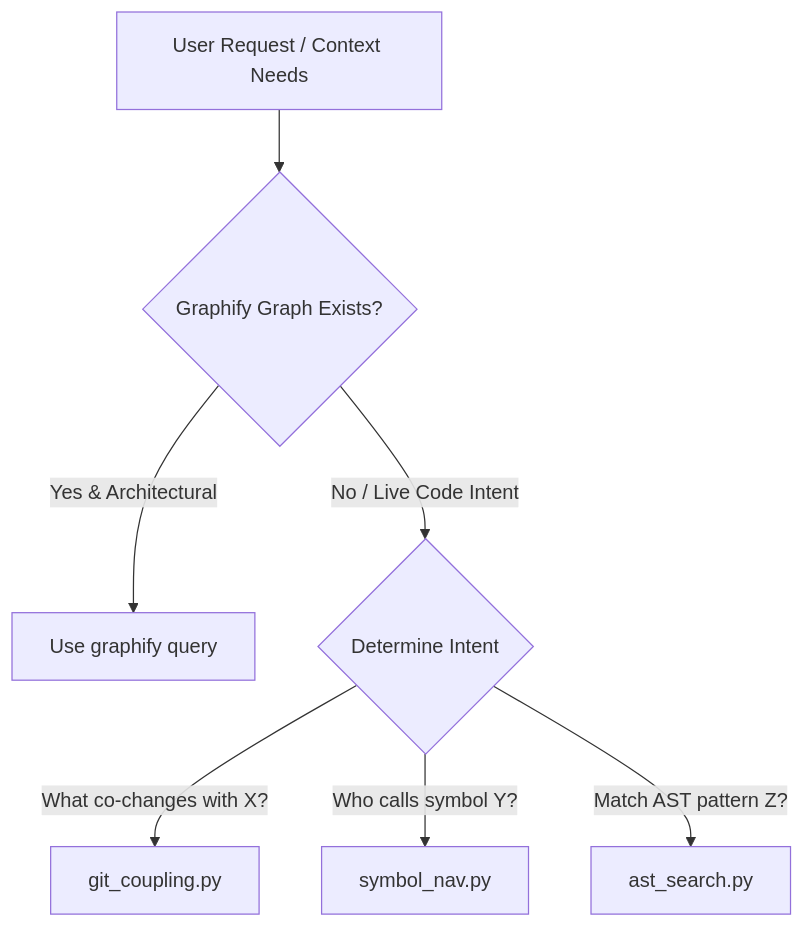
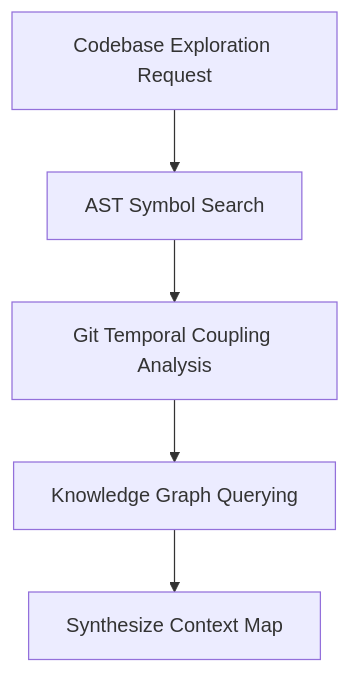
One commit to louis-pvs/agent-skills changed the diagram in skills/context-gatherer/references/overview.md. Above: the diagram before and after it, drawn with Mermaid. The commit also changed other lines of this file and 11 other files, not shown here.

Commit message:
refactor: update architecture documentation and standardize Python scripting practices across all agent skills.

````diff
--- a/skills/context-gatherer/references/overview.md
+++ b/skills/context-gatherer/references/overview.md
@@ -17,9 +9,7 @@
 ```mermaid
 flowchart TD
-    Query[User Request / Context Needs] --> CheckGraphify{Graphify Graph Exists?}
-    CheckGraphify -- Yes & Architectural --> GraphifyQuery[Use graphify query]
-    CheckGraphify -- No / Live Code Intent --> TriageIntent{Determine Intent}
-    TriageIntent -- "What co-changes with X?" --> GitCoupling[git_coupling.py]
-    TriageIntent -- "Who calls symbol Y?" --> SymbolNav[symbol_nav.py]
-    TriageIntent -- "Match AST pattern Z?" --> ASTSearch[ast_search.py]
+    A[Codebase Exploration Request] --> B[AST Symbol Search]
+    B --> C[Git Temporal Coupling Analysis]
+    C --> D[Knowledge Graph Querying]
+    D --> E[Synthesize Context Map]
 ```
````
